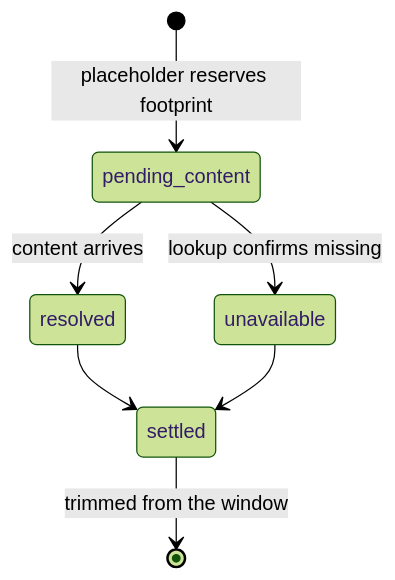
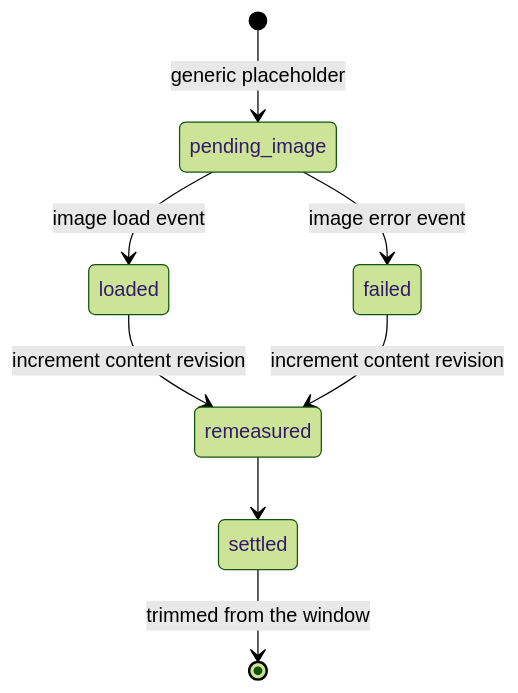
One commit to infimalabs/spice-rust changed diagram 16 of 19 in docs/product/model/states.md. Above: the diagram before and after it, drawn with Mermaid (forest theme). The commit also changed other lines of this file and 71 other files, not shown here.

````diff
--- a/docs/product/model/states.md
+++ b/docs/product/model/states.md
@@ -244,9 +378,10 @@
 ```mermaid
 stateDiagram-v2
-  [*] --> pending_content: placeholder reserves footprint
-  pending_content --> resolved: content arrives
-  pending_content --> unavailable: lookup confirms missing
-  resolved --> settled
-  unavailable --> settled
+  [*] --> pending_image: generic placeholder
+  pending_image --> loaded: image load event
+  pending_image --> failed: image error event
+  loaded --> remeasured: increment content revision
+  failed --> remeasured: increment content revision
+  remeasured --> settled
   settled --> [*]: trimmed from the window
 ```
````
